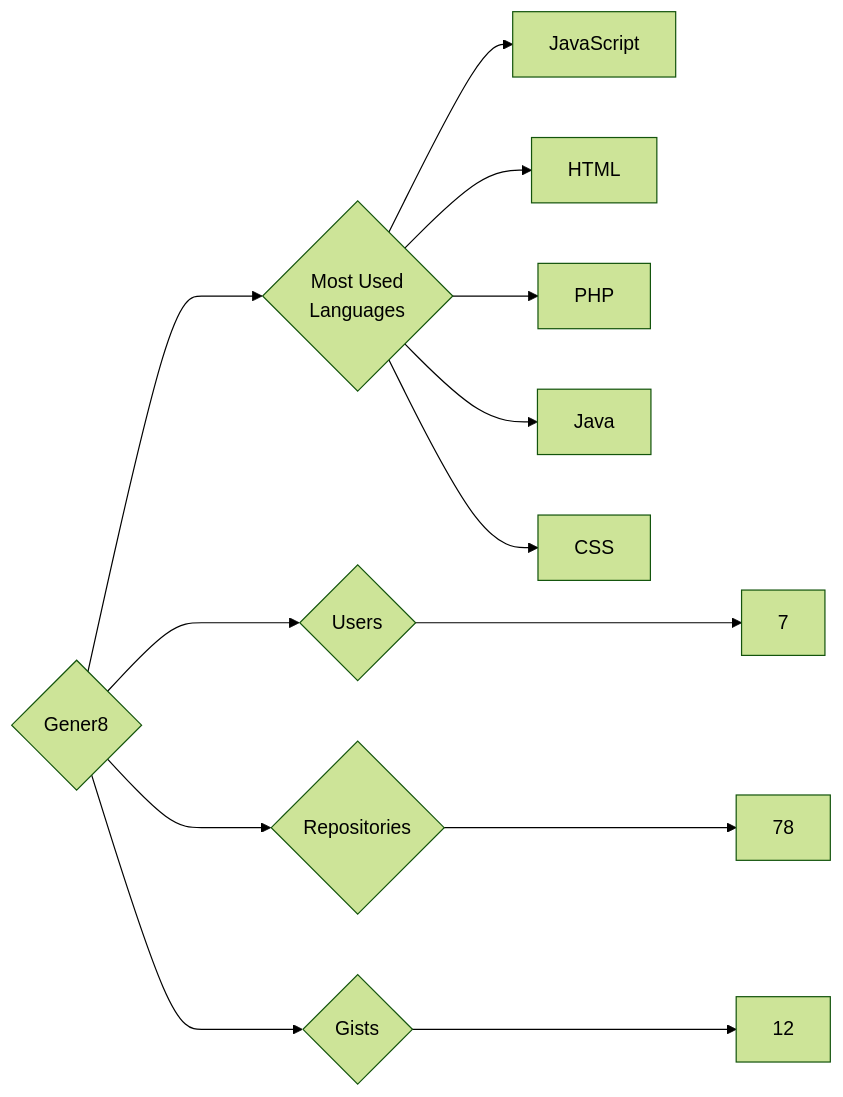
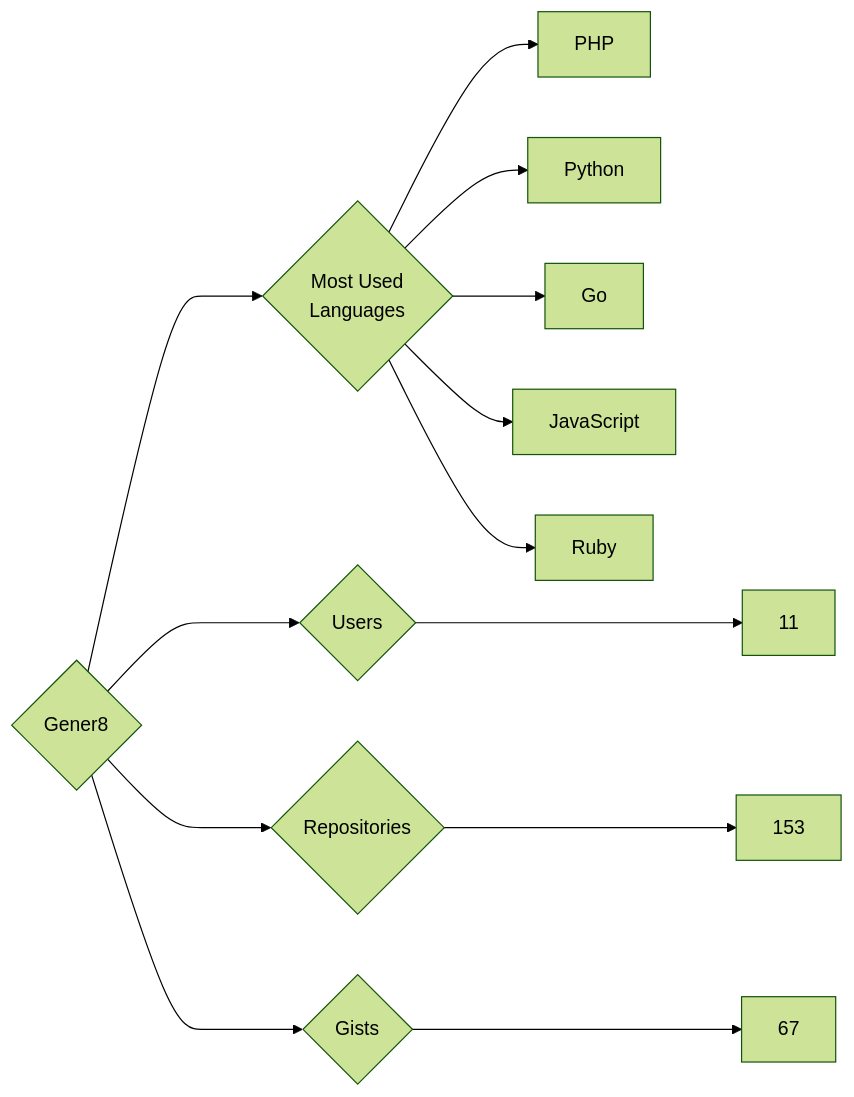
One commit to trickest/insiders changed the diagram in targets/Gener8/README.md. Above: the diagram before and after it, drawn with Mermaid (forest theme). The commit also changed 693 other files, not shown here.

````diff
--- a/targets/Gener8/README.md
+++ b/targets/Gener8/README.md
@@ -3,13 +3,13 @@
 ```mermaid
 graph LR
 COMPANY_NAME{Gener8}
-COMPANY_NAME ---> U{Users} ---> UN[7]
-COMPANY_NAME ---> R{Repositories} ---> RN[78]
-COMPANY_NAME ---> G{Gists} ---> GN[12]
+COMPANY_NAME ---> U{Users} ---> UN[11]
+COMPANY_NAME ---> R{Repositories} ---> RN[153]
+COMPANY_NAME ---> G{Gists} ---> GN[67]
 COMPANY_NAME ---> ML{Most Used<br>Languages}
+ML --> PHP[PHP]
+ML --> Python[Python]
+ML --> Go[Go]
 ML --> JavaScript[JavaScript]
-ML --> HTML[HTML]
-ML --> PHP[PHP]
-ML --> Java[Java]
-ML --> CSS[CSS]
+ML --> Ruby[Ruby]
 ```
````
